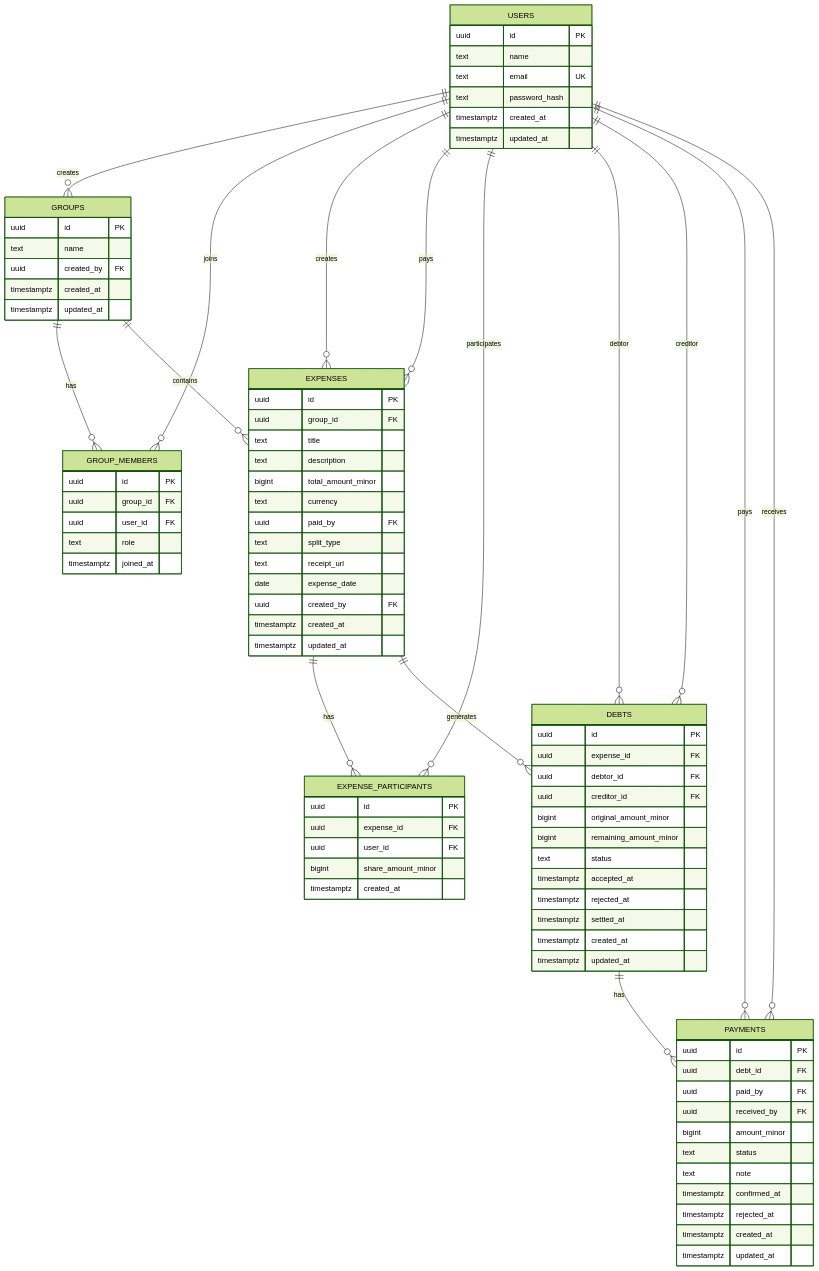
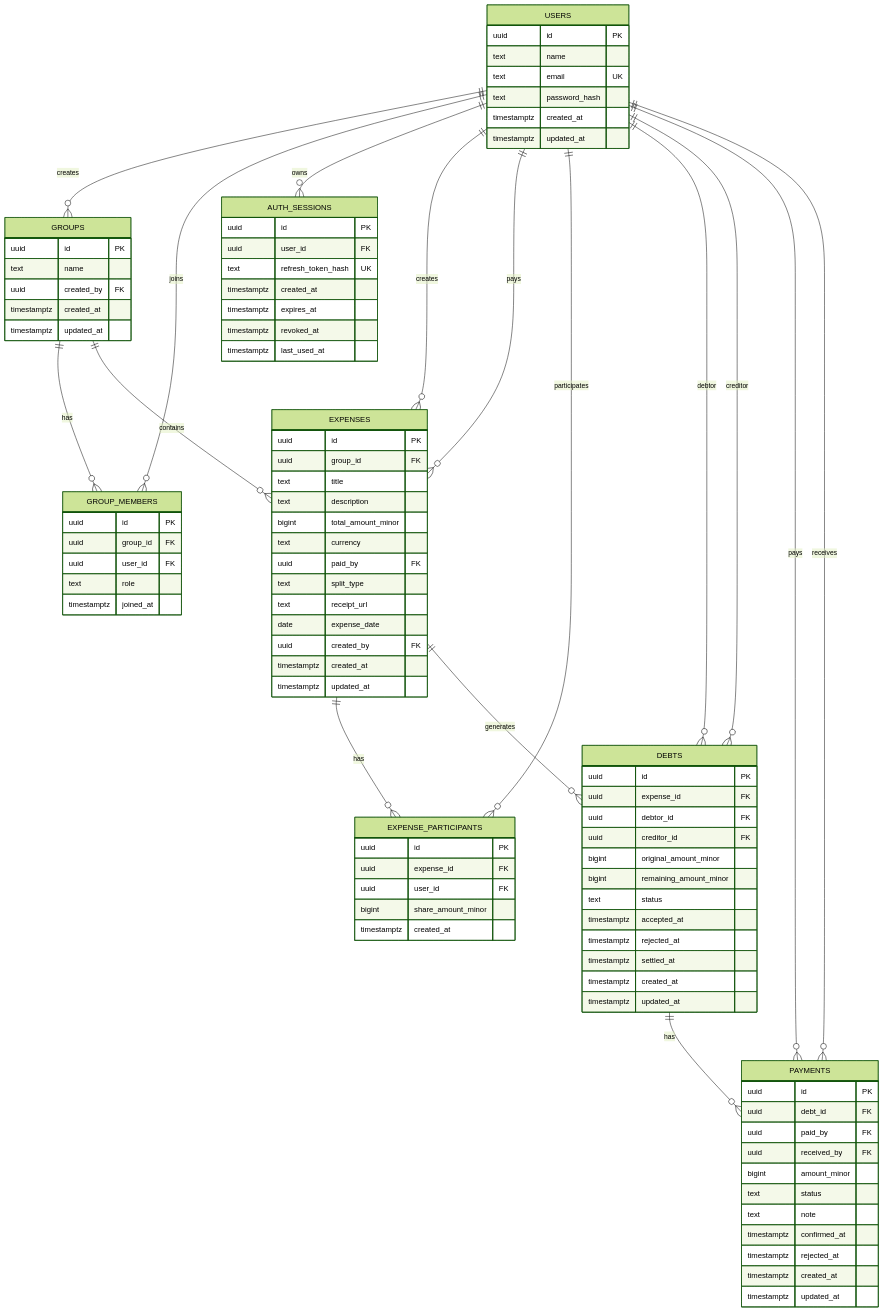
The diagram in docs/ERD.md (may-low-a-kyway-pay/mlakp-backend), drawn with Mermaid (forest theme) before and after one commit. The commit also changed other lines of this file and 22 other files, not shown here.

```diff
--- a/docs/ERD.md
+++ b/docs/ERD.md
@@ -17,6 +17,7 @@
 erDiagram
     USERS ||--o{ GROUPS : creates
     USERS ||--o{ GROUP_MEMBERS : joins
+    USERS ||--o{ AUTH_SESSIONS : owns
     GROUPS ||--o{ GROUP_MEMBERS : has
 
     USERS ||--o{ EXPENSES : creates
@@ -41,6 +42,16 @@
         text password_hash
         timestamptz created_at
         timestamptz updated_at
+    }
+
+    AUTH_SESSIONS {
+        uuid id PK
+        uuid user_id FK
+        text refresh_token_hash UK
+        timestamptz created_at
+        timestamptz expires_at
+        timestamptz revoked_at
+        timestamptz last_used_at
     }
 
     GROUPS {
```
